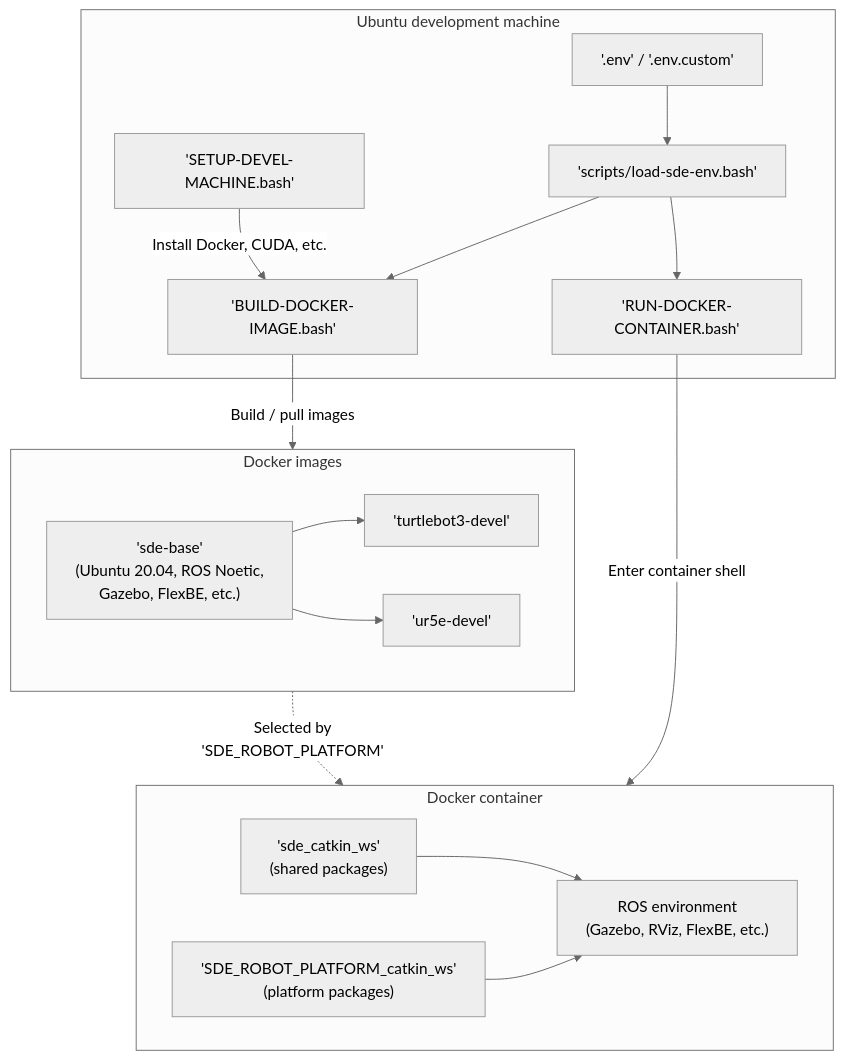
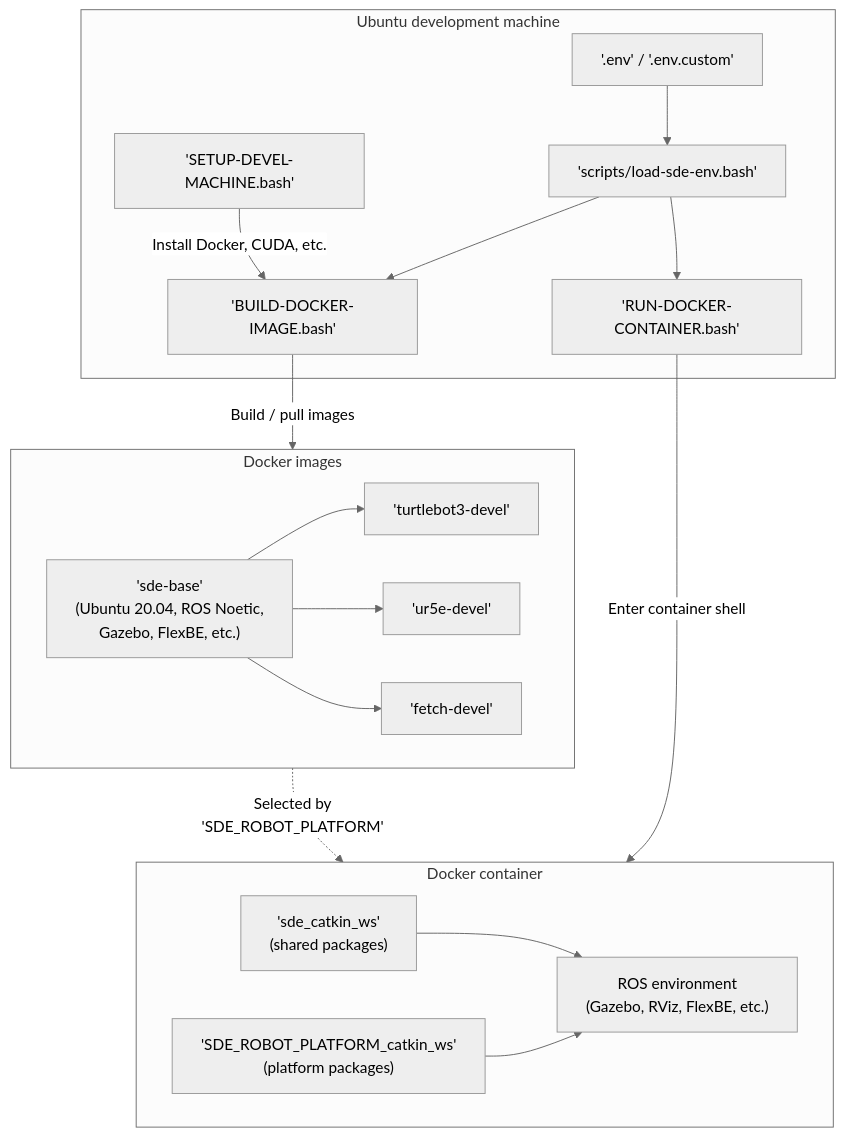
One commit to openrosde/openrosde changed the diagram in README.md. Above: the diagram before and after it, drawn with Mermaid. The commit also changed other lines of this file and 27 other files, not shown here.

````diff
--- a/README.md
+++ b/README.md
@@ -42,38 +43,40 @@
 ```mermaid
 ---
 config:
   theme: neutral
 ---
 flowchart TD
     subgraph host["Ubuntu development machine"]
         env["'.env' / '.env.custom'"]
         loader["'scripts/load-sde-env.bash'"]
         setup["'SETUP-DEVEL-MACHINE.bash'"]
         build["'BUILD-DOCKER-IMAGE.bash'"]
         run["'RUN-DOCKER-CONTAINER.bash'"]
         env --> loader
         setup -->|"Install Docker, CUDA, etc."| build
         loader --> build
         loader --> run
     end
 
     subgraph images["Docker images"]
         base["'sde-base'<br/>(Ubuntu 20.04, ROS Noetic,<br/>Gazebo, FlexBE, etc.)"]
         tb3["'turtlebot3-devel'"]
         ur5e["'ur5e-devel'"]
         base --> tb3
         base --> ur5e
+        fetch["'fetch-devel'"]
+        base --> fetch
     end
 
     subgraph container["Docker container"]
         shared["'sde_catkin_ws'<br/>(shared packages)"]
         platws["'SDE_ROBOT_PLATFORM_catkin_ws'<br/>(platform packages)"]
         rosenv["ROS environment<br/>(Gazebo, RViz, FlexBE, etc.)"]
         shared --> rosenv
         platws --> rosenv
     end
 
     build -->|"Build / pull images"| images
     images -.->|"Selected by<br/>'SDE_ROBOT_PLATFORM'"| container
     run -->|"Enter container shell"| container
 ```
````
